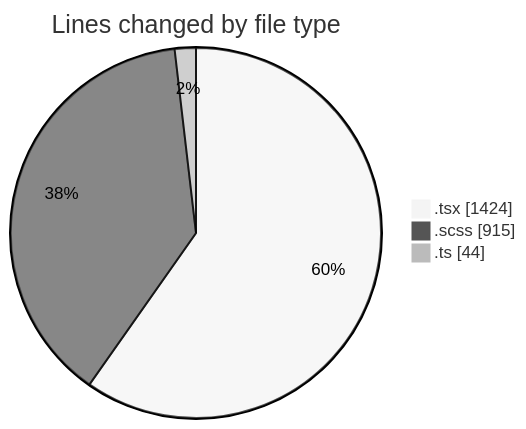
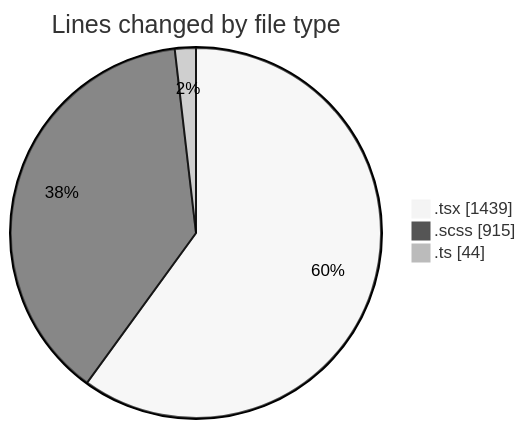
Before and after one commit to momahboobian/code-tracking: the first of 2 diagrams in 2025-03-27/cda/README.md, drawn with Mermaid (neutral theme). The commit also changed other lines of this file and 1 other file, not shown here.

````diff
--- a/2025-03-27/cda/README.md
+++ b/2025-03-27/cda/README.md
@@ -29,7 +29,7 @@
 ```mermaid
 pie showData
 title Lines changed by file type
-".tsx" : 1424
+".tsx" : 1439
 ".scss" : 915
 ".ts" : 44
 ```
````
